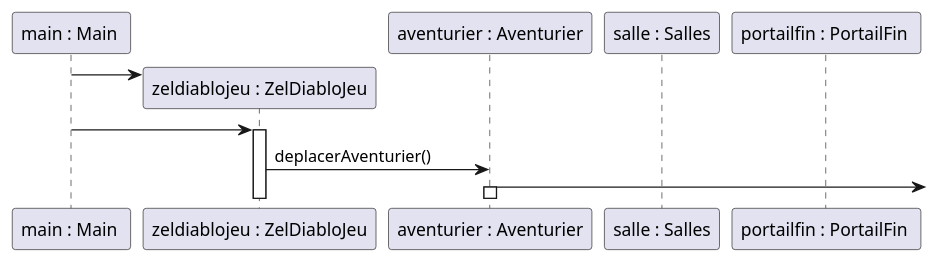
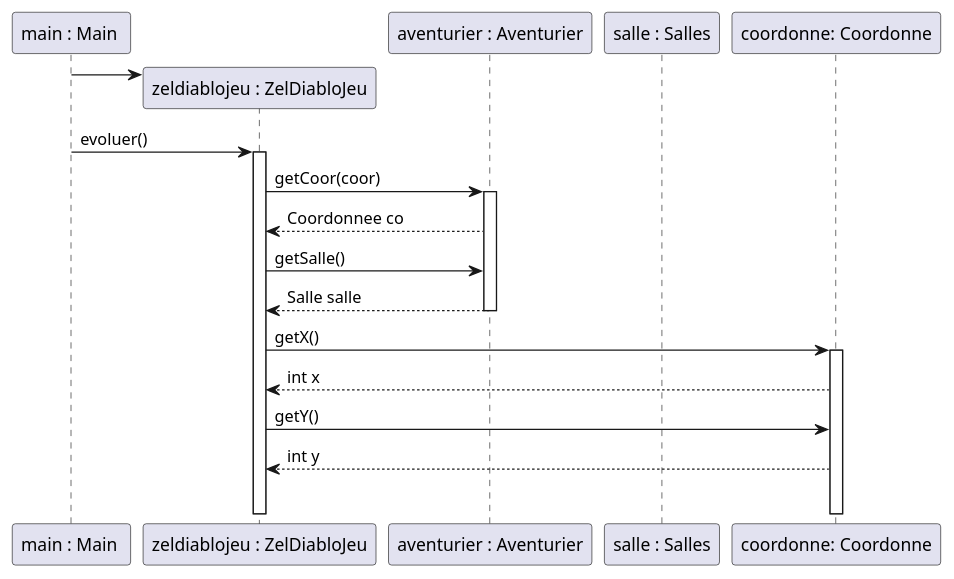
One commit to GeoffroyMuller/2018_COO_Zeldiablo changed the diagram in projet_zeldiablo/sequence_fin_de_jeu.puml. Above: the diagram before and after it, drawn with PlantUML.

Commit message:
avancement sur les diagrammes

```diff
--- a/projet_zeldiablo/sequence_fin_de_jeu.puml
+++ b/projet_zeldiablo/sequence_fin_de_jeu.puml
@@ -1,16 +1,34 @@
 @startuml
 
 Participant "main : Main " as m
 create "zeldiablojeu : ZelDiabloJeu" as j
 Participant "aventurier : Aventurier" as av
 Participant "salle : Salles" as s
-Participant "portailfin : PortailFin " as pf
+Participant "coordonne: Coordonne" as c
+Participant "case : Case " as c
 m->j 
-m->j 
+m->j : evoluer()
 activate j
-j->av : deplacerAventurier()
-av->
+j->av : getCoor(coor)
+
 activate av
+av--> j :Coordonnee co
+j->av : getSalle()
+av-->j : Salle salle
+
+deactivate av
+
+j-> c : getX()
+activate c
+c-->j : int x
+
+j-> c : getY()
+
+c-->j : int y
+
+loop : for sur i et j
+
+
 
 
 @enduml
```
